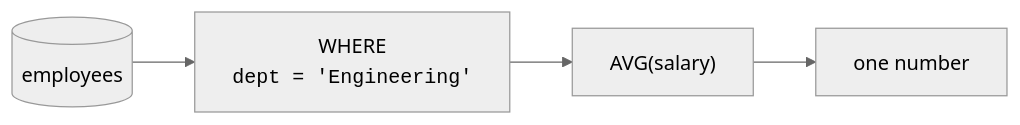
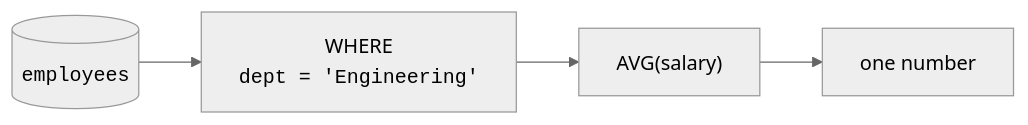
The second of 2 diagrams in content/learn/intro-sql-postgres/aggregate-functions.mdx (dataslope/dataslope), drawn with Mermaid (neutral theme) before and after one commit. The commit also changed 46 other files, not shown here.

First line of the commit message:
Wrap code in mermaid edge labels + entity/table names in DB diagrams

````diff
--- a/content/learn/intro-sql-postgres/aggregate-functions.mdx
+++ b/content/learn/intro-sql-postgres/aggregate-functions.mdx
@@ -101,6 +101,6 @@
 ```mermaid
 flowchart LR
-    T[("employees")] --> W["WHERE<br/><code>dept = 'Engineering'</code>"]
+    T[("<code>employees</code>")] --> W["WHERE<br/><code>dept = 'Engineering'</code>"]
     W --> A["AVG(salary)"]
     A --> R["one number"]
 ```
````
